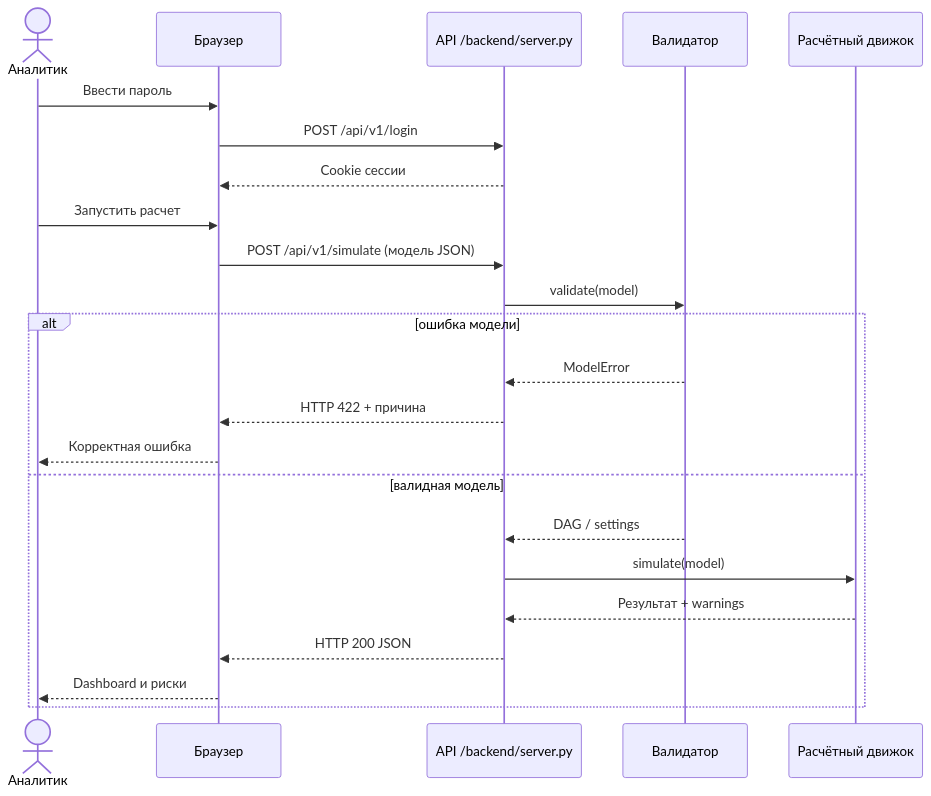
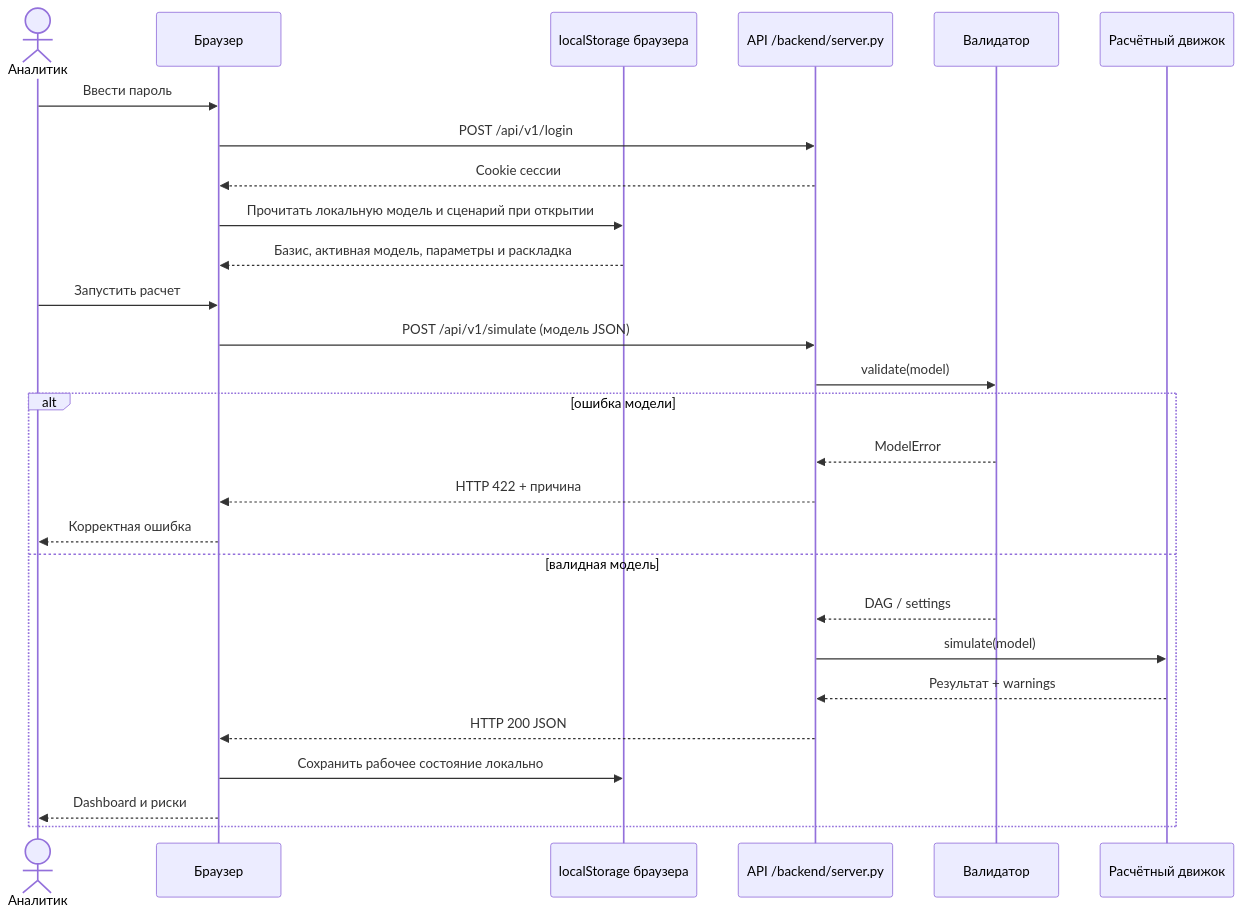
The diagram in analysis/diagrams/sequence.mmd (maevikk/NovaHackathon1), drawn with Mermaid before and after one commit. The commit also changed 11 other files, not shown here.

```diff
--- a/analysis/diagrams/sequence.mmd
+++ b/analysis/diagrams/sequence.mmd
@@ -1,23 +1,27 @@
 sequenceDiagram
     actor Analyst as Аналитик
     participant UI as Браузер
+    participant STORE as localStorage браузера
     participant API as API /backend/server.py
     participant VAL as Валидатор
     participant SIM as Расчётный движок
     Analyst->>UI: Ввести пароль
     UI->>API: POST /api/v1/login
     API-->>UI: Cookie сессии
+    UI->>STORE: Прочитать локальную модель и сценарий при открытии
+    STORE-->>UI: Базис, активная модель, параметры и раскладка
     Analyst->>UI: Запустить расчет
     UI->>API: POST /api/v1/simulate (модель JSON)
     API->>VAL: validate(model)
     alt ошибка модели
       VAL-->>API: ModelError
       API-->>UI: HTTP 422 + причина
       UI-->>Analyst: Корректная ошибка
     else валидная модель
       VAL-->>API: DAG / settings
       API->>SIM: simulate(model)
       SIM-->>API: Результат + warnings
       API-->>UI: HTTP 200 JSON
+      UI->>STORE: Сохранить рабочее состояние локально
       UI-->>Analyst: Dashboard и риски
     end
```
